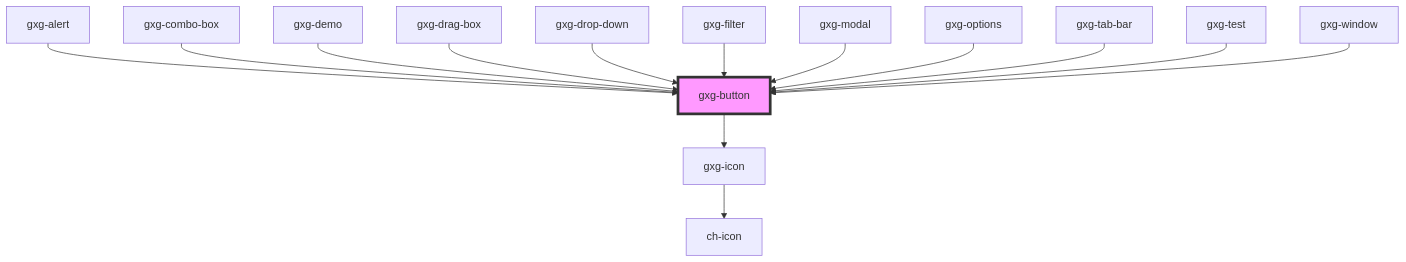
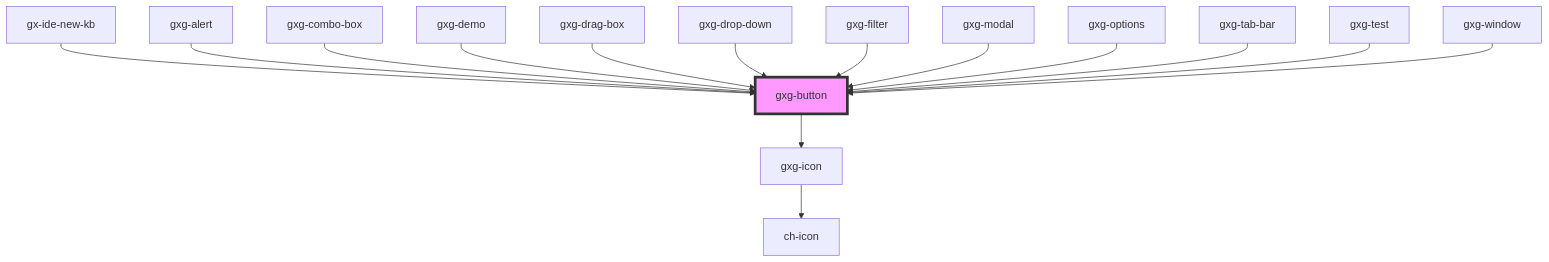
Before and after one commit to genexuslabs/gemini: the diagram in src/components/button/readme.md, drawn with Mermaid. The commit also changed other lines of this file and 45 other files, not shown here.

````diff
--- a/src/components/button/readme.md
+++ b/src/components/button/readme.md
@@ -61,17 +62,18 @@
 ```mermaid
 graph TD;
   gxg-button --> gxg-icon
   gxg-icon --> ch-icon
+  gx-ide-new-kb --> gxg-button
   gxg-alert --> gxg-button
   gxg-combo-box --> gxg-button
   gxg-demo --> gxg-button
   gxg-drag-box --> gxg-button
   gxg-drop-down --> gxg-button
   gxg-filter --> gxg-button
   gxg-modal --> gxg-button
   gxg-options --> gxg-button
   gxg-tab-bar --> gxg-button
   gxg-test --> gxg-button
   gxg-window --> gxg-button
   style gxg-button fill:#f9f,stroke:#333,stroke-width:4px
 ```
````
